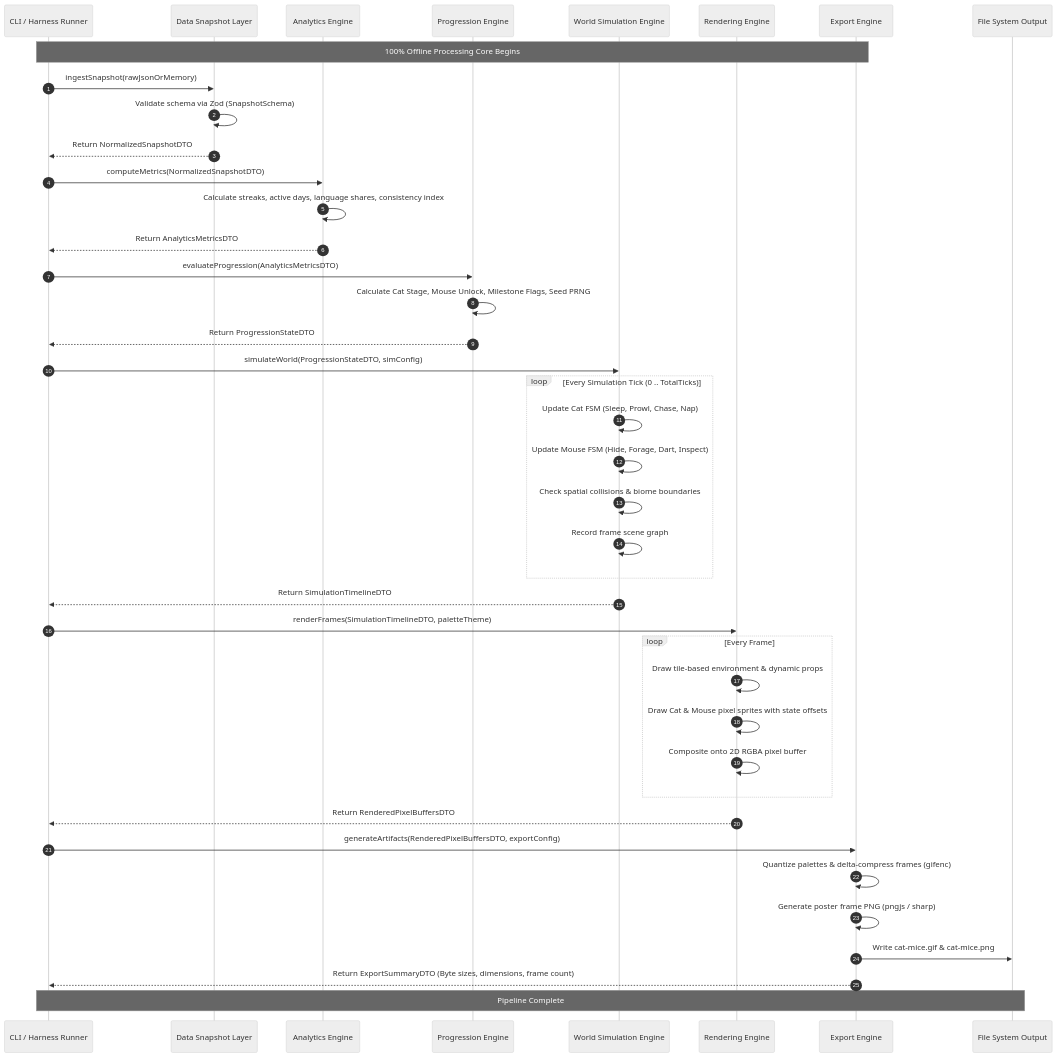
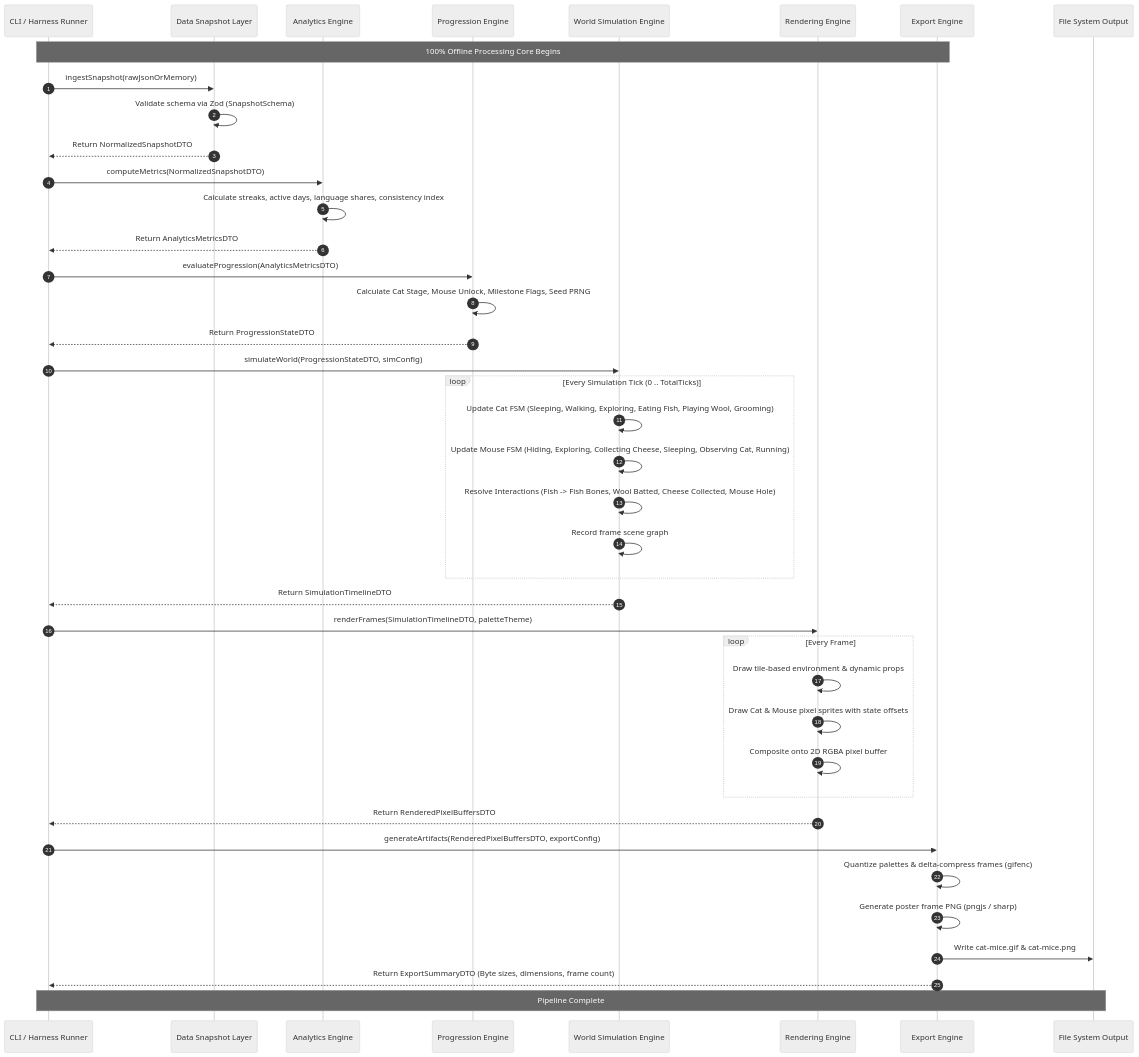
Before and after one commit to jeevansurya560-arch/Cat-Mice: the third of 5 diagrams in ARCHITECTURE.md, drawn with Mermaid (neutral theme). The commit also changed other lines of this file and 3 other files, not shown here.

Commit message:
docs(architecture): update hla diagrams and align cli harness with universal boundary

````diff
--- a/ARCHITECTURE.md
+++ b/ARCHITECTURE.md
@@ -163,49 +164,49 @@
 ```mermaid
 sequenceDiagram
     autonumber
     participant CLI as CLI / Harness Runner
     participant Snap as Data Snapshot Layer
     participant Ana as Analytics Engine
     participant Prog as Progression Engine
     participant Sim as World Simulation Engine
     participant Ren as Rendering Engine
     participant Exp as Export Engine
     participant FS as File System Output
 
     Note over CLI,Exp: 100% Offline Processing Core Begins
     CLI->>Snap: ingestSnapshot(rawJsonOrMemory)
     Snap->>Snap: Validate schema via Zod (SnapshotSchema)
     Snap-->>CLI: Return NormalizedSnapshotDTO
 
     CLI->>Ana: computeMetrics(NormalizedSnapshotDTO)
     Ana->>Ana: Calculate streaks, active days, language shares, consistency index
     Ana-->>CLI: Return AnalyticsMetricsDTO
 
     CLI->>Prog: evaluateProgression(AnalyticsMetricsDTO)
     Prog->>Prog: Calculate Cat Stage, Mouse Unlock, Milestone Flags, Seed PRNG
     Prog-->>CLI: Return ProgressionStateDTO
 
     CLI->>Sim: simulateWorld(ProgressionStateDTO, simConfig)
     loop Every Simulation Tick (0 .. TotalTicks)
-        Sim->>Sim: Update Cat FSM (Sleep, Prowl, Chase, Nap)
-        Sim->>Sim: Update Mouse FSM (Hide, Forage, Dart, Inspect)
-        Sim->>Sim: Check spatial collisions & biome boundaries
+        Sim->>Sim: Update Cat FSM (Sleeping, Walking, Exploring, Eating Fish, Playing Wool, Grooming)
+        Sim->>Sim: Update Mouse FSM (Hiding, Exploring, Collecting Cheese, Sleeping, Observing Cat, Running)
+        Sim->>Sim: Resolve Interactions (Fish -> Fish Bones, Wool Batted, Cheese Collected, Mouse Hole)
         Sim->>Sim: Record frame scene graph
     end
     Sim-->>CLI: Return SimulationTimelineDTO
 
     CLI->>Ren: renderFrames(SimulationTimelineDTO, paletteTheme)
     loop Every Frame
         Ren->>Ren: Draw tile-based environment & dynamic props
         Ren->>Ren: Draw Cat & Mouse pixel sprites with state offsets
         Ren->>Ren: Composite onto 2D RGBA pixel buffer
     end
     Ren-->>CLI: Return RenderedPixelBuffersDTO
 
     CLI->>Exp: generateArtifacts(RenderedPixelBuffersDTO, exportConfig)
     Exp->>Exp: Quantize palettes & delta-compress frames (gifenc)
     Exp->>Exp: Generate poster frame PNG (pngjs / sharp)
     Exp->>FS: Write cat-mice.gif & cat-mice.png
     Exp-->>CLI: Return ExportSummaryDTO (Byte sizes, dimensions, frame count)
     Note over CLI,FS: Pipeline Complete
 ```
````
